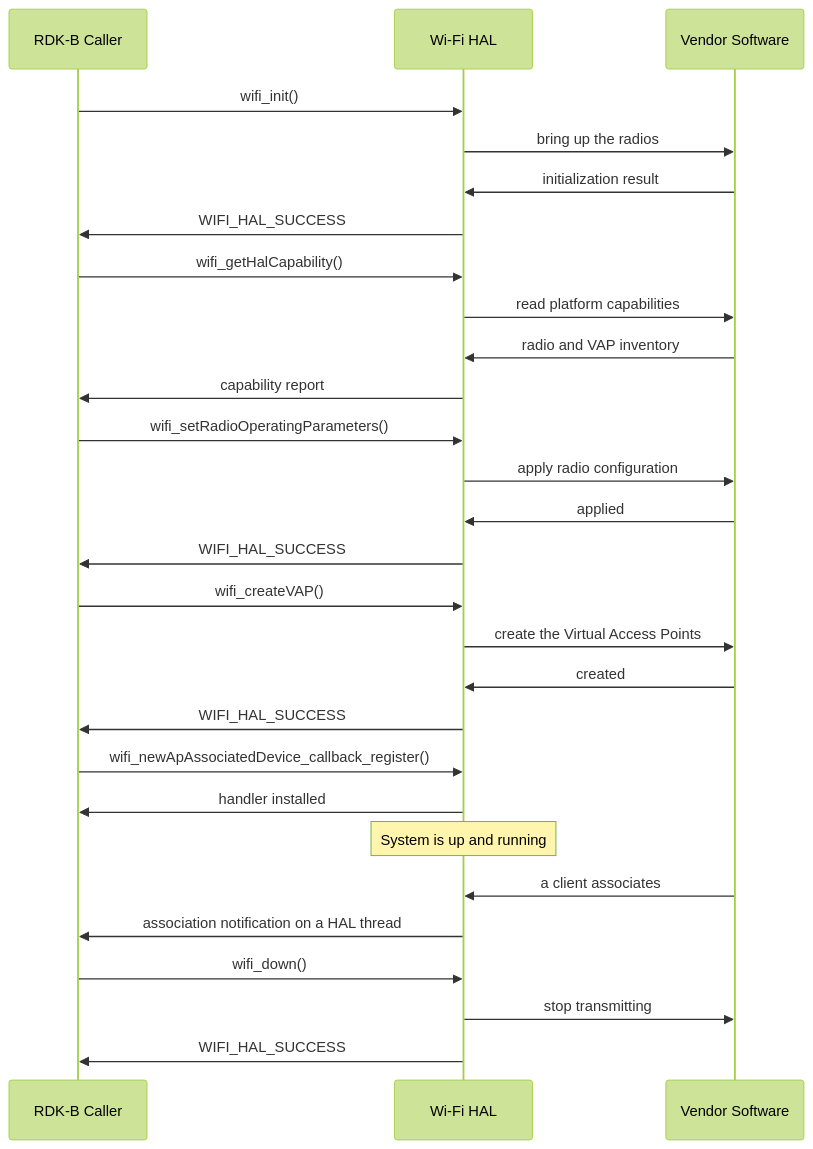
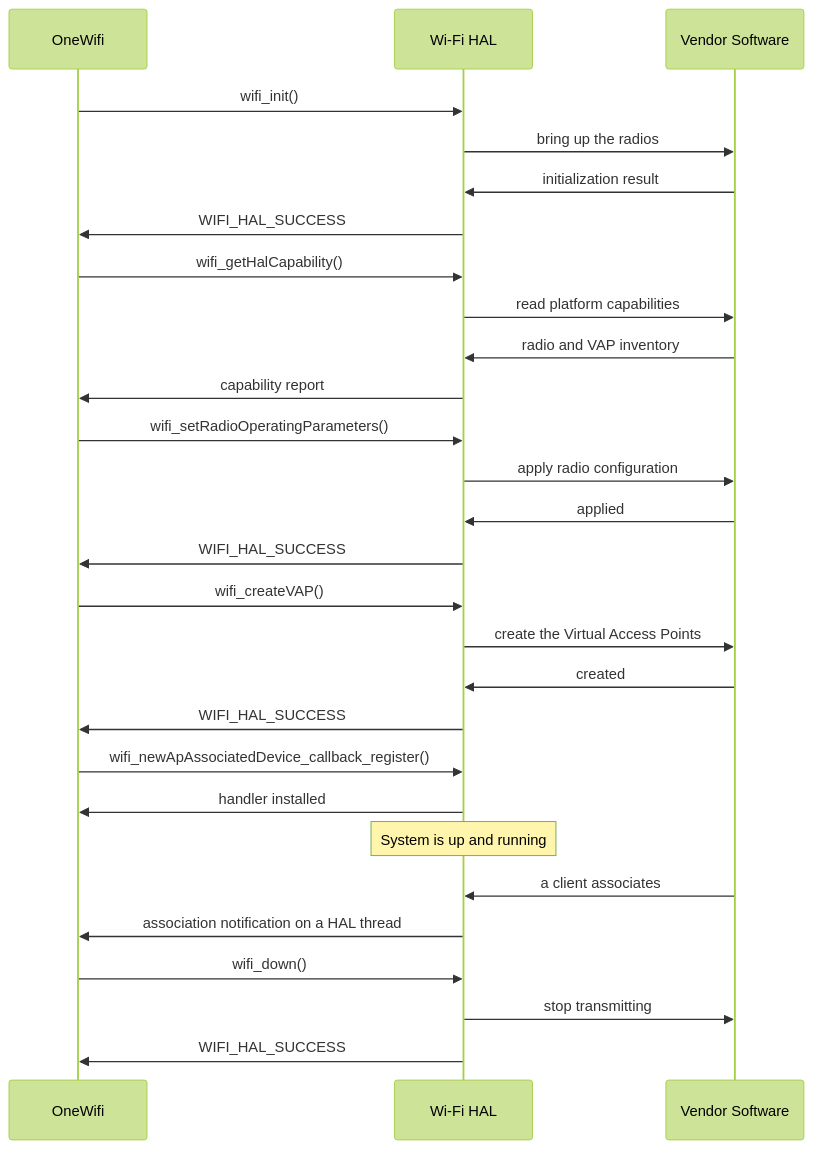
One commit to Blitzy-Sky/rdkb-halif-wifi changed the second of 2 diagrams in docs/pages/halSpec.md. Above: the diagram before and after it, drawn with Mermaid (forest theme). The commit also changed other lines of this file, not shown here.

First line of the commit message:
docs: simplify the Wi-Fi_HAL specification

````diff
--- a/docs/pages/halSpec.md
+++ b/docs/pages/halSpec.md
@@ -948,30 +901,30 @@
 ```mermaid
 sequenceDiagram
-    participant Caller as RDK-B Caller
-    participant WifiHAL as Wi-Fi HAL
+    participant Caller as OneWifi
+    participant HAL as Wi-Fi HAL
     participant Vendor as Vendor Software
-    Caller->>WifiHAL: wifi_init()
-    WifiHAL->>Vendor: bring up the radios
-    Vendor->>WifiHAL: initialization result
-    WifiHAL->>Caller: WIFI_HAL_SUCCESS
-    Caller->>WifiHAL: wifi_getHalCapability()
-    WifiHAL->>Vendor: read platform capabilities
-    Vendor->>WifiHAL: radio and VAP inventory
-    WifiHAL->>Caller: capability report
-    Caller->>WifiHAL: wifi_setRadioOperatingParameters()
-    WifiHAL->>Vendor: apply radio configuration
-    Vendor->>WifiHAL: applied
-    WifiHAL->>Caller: WIFI_HAL_SUCCESS
-    Caller->>WifiHAL: wifi_createVAP()
-    WifiHAL->>Vendor: create the Virtual Access Points
-    Vendor->>WifiHAL: created
-    WifiHAL->>Caller: WIFI_HAL_SUCCESS
-    Caller->>WifiHAL: wifi_newApAssociatedDevice_callback_register()
-    WifiHAL->>Caller: handler installed
-    note over WifiHAL: System is up and running
-    Vendor->>WifiHAL: a client associates
-    WifiHAL->>Caller: association notification on a HAL thread
-    Caller->>WifiHAL: wifi_down()
-    WifiHAL->>Vendor: stop transmitting
-    WifiHAL->>Caller: WIFI_HAL_SUCCESS
+    Caller->>HAL: wifi_init()
+    HAL->>Vendor: bring up the radios
+    Vendor->>HAL: initialization result
+    HAL->>Caller: WIFI_HAL_SUCCESS
+    Caller->>HAL: wifi_getHalCapability()
+    HAL->>Vendor: read platform capabilities
+    Vendor->>HAL: radio and VAP inventory
+    HAL->>Caller: capability report
+    Caller->>HAL: wifi_setRadioOperatingParameters()
+    HAL->>Vendor: apply radio configuration
+    Vendor->>HAL: applied
+    HAL->>Caller: WIFI_HAL_SUCCESS
+    Caller->>HAL: wifi_createVAP()
+    HAL->>Vendor: create the Virtual Access Points
+    Vendor->>HAL: created
+    HAL->>Caller: WIFI_HAL_SUCCESS
+    Caller->>HAL: wifi_newApAssociatedDevice_callback_register()
+    HAL->>Caller: handler installed
+    note over HAL: System is up and running
+    Vendor->>HAL: a client associates
+    HAL->>Caller: association notification on a HAL thread
+    Caller->>HAL: wifi_down()
+    HAL->>Vendor: stop transmitting
+    HAL->>Caller: WIFI_HAL_SUCCESS
 ```
````
